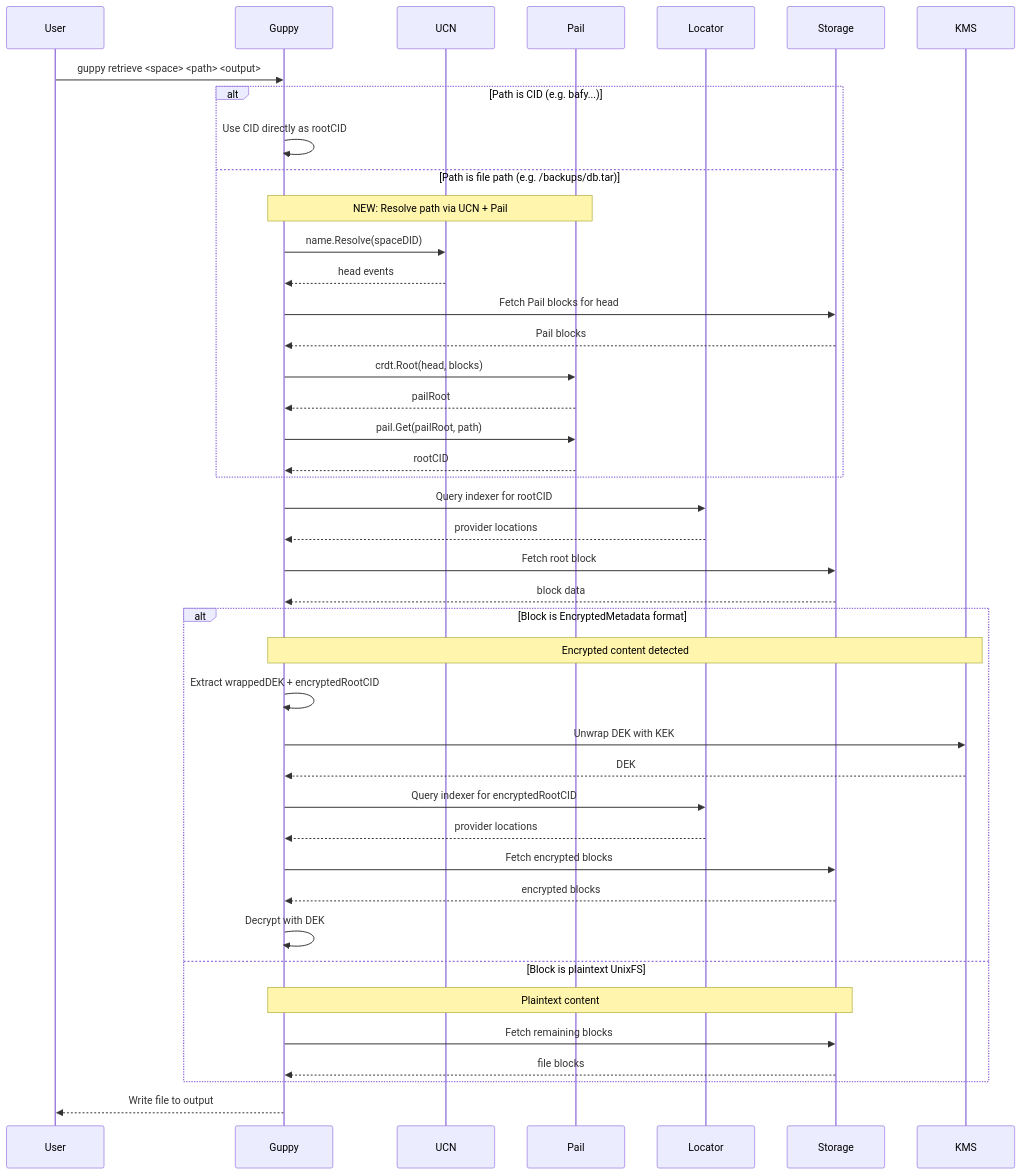
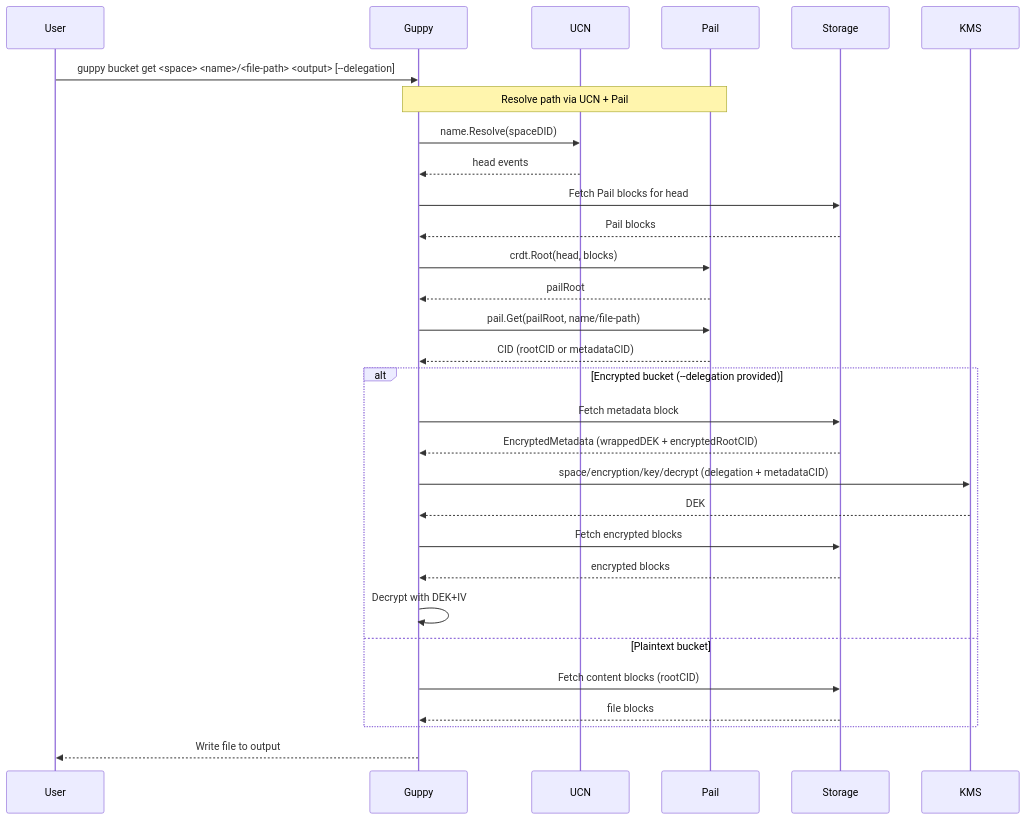
The third of 3 diagrams in rfc/forge-mutability.md (storacha/RFC), drawn with Mermaid before and after one commit. The commit also changed other lines of this file and 1 other file, not shown here.

Commit message:
using a new command to handle mutability & privacy in guppy

````diff
--- a/rfc/forge-mutability.md
+++ b/rfc/forge-mutability.md
@@ -163,49 +305,36 @@
 ```mermaid
 sequenceDiagram
     participant User
     participant Guppy
     participant UCN
     participant Pail
-    participant Locator
     participant Storage
     participant KMS
     
-    User->>Guppy: guppy retrieve <space> <path> <output>
+    User->>Guppy: guppy bucket get <space> <name>/<file-path> <output> [--delegation]
     
-    alt Path is CID (e.g. bafy...)
-        Guppy->>Guppy: Use CID directly as rootCID
-    else Path is file path (e.g. /backups/db.tar)
-        Note over Guppy,Pail: NEW: Resolve path via UCN + Pail
-        Guppy->>UCN: name.Resolve(spaceDID)
-        UCN-->>Guppy: head events
-        Guppy->>Storage: Fetch Pail blocks for head
-        Storage-->>Guppy: Pail blocks
-        Guppy->>Pail: crdt.Root(head, blocks)
-        Pail-->>Guppy: pailRoot
-        Guppy->>Pail: pail.Get(pailRoot, path)
-        Pail-->>Guppy: rootCID
-    end
+    Note over Guppy,Pail: Resolve path via UCN + Pail
+    Guppy->>UCN: name.Resolve(spaceDID)
+    UCN-->>Guppy: head events
+    Guppy->>Storage: Fetch Pail blocks for head
+    Storage-->>Guppy: Pail blocks
+    Guppy->>Pail: crdt.Root(head, blocks)
+    Pail-->>Guppy: pailRoot
+    Guppy->>Pail: pail.Get(pailRoot, name/file-path)
+    Pail-->>Guppy: CID (rootCID or metadataCID)
     
-    Guppy->>Locator: Query indexer for rootCID
-    Locator-->>Guppy: provider locations
-    Guppy->>Storage: Fetch root block
-    Storage-->>Guppy: block data
-    
-    alt Block is EncryptedMetadata format
-        Note over Guppy,KMS: Encrypted content detected
-        Guppy->>Guppy: Extract wrappedDEK + encryptedRootCID
-        Guppy->>KMS: Unwrap DEK with KEK
+    alt Encrypted bucket (--delegation provided)
+        Guppy->>Storage: Fetch metadata block
+        Storage-->>Guppy: EncryptedMetadata (wrappedDEK + encryptedRootCID)
+        Guppy->>KMS: space/encryption/key/decrypt (delegation + metadataCID)
         KMS-->>Guppy: DEK
-        Guppy->>Locator: Query indexer for encryptedRootCID
-        Locator-->>Guppy: provider locations
         Guppy->>Storage: Fetch encrypted blocks
         Storage-->>Guppy: encrypted blocks
-        Guppy->>Guppy: Decrypt with DEK
-    else Block is plaintext UnixFS
-        Note over Guppy,Storage: Plaintext content
-        Guppy->>Storage: Fetch remaining blocks
+        Guppy->>Guppy: Decrypt with DEK+IV
+    else Plaintext bucket
+        Guppy->>Storage: Fetch content blocks (rootCID)
         Storage-->>Guppy: file blocks
     end
     
     Guppy-->>User: Write file to output
 ```
````
